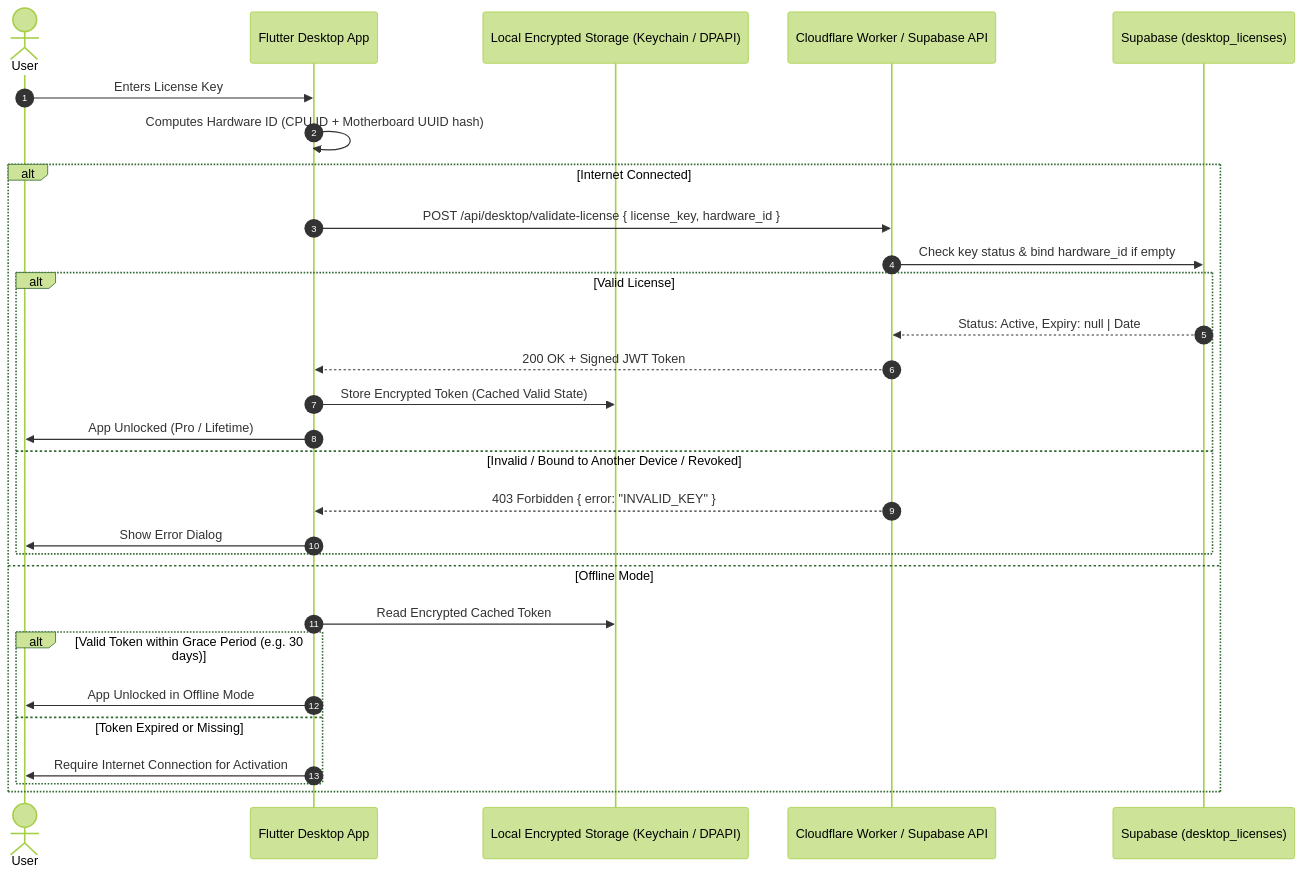
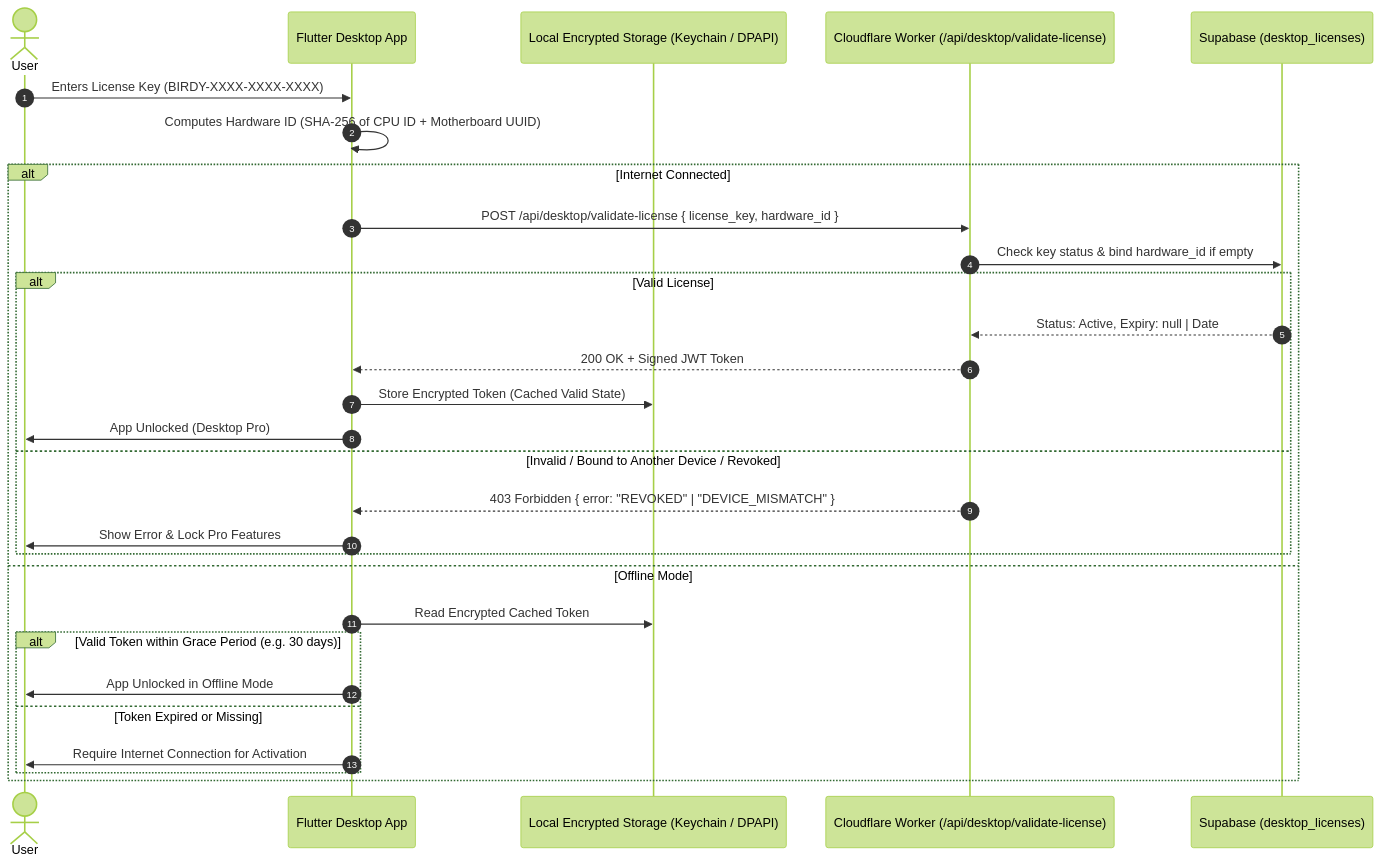
The second of 2 diagrams in docs/desktop_bridge.md (emitera/kdp-book-assembler), drawn with Mermaid (forest theme) before and after one commit. The commit also changed other lines of this file and 7 other files, not shown here.

Commit message:
docs: Add Desktop EULA/Privacy/Refund drafts and update architecture/desktop_bridge specifications

````diff
--- a/docs/desktop_bridge.md
+++ b/docs/desktop_bridge.md
@@ -109,33 +109,33 @@
 ```mermaid
 sequenceDiagram
     autonumber
     actor User
     participant Flutter as Flutter Desktop App
     participant Storage as Local Encrypted Storage (Keychain / DPAPI)
-    participant Worker as Cloudflare Worker / Supabase API
+    participant Worker as Cloudflare Worker (/api/desktop/validate-license)
     participant DB as Supabase (desktop_licenses)
 
-    User->>Flutter: Enters License Key
-    Flutter->>Flutter: Computes Hardware ID (CPU ID + Motherboard UUID hash)
+    User->>Flutter: Enters License Key (BIRDY-XXXX-XXXX-XXXX)
+    Flutter->>Flutter: Computes Hardware ID (SHA-256 of CPU ID + Motherboard UUID)
     
     alt Internet Connected
         Flutter->>Worker: POST /api/desktop/validate-license { license_key, hardware_id }
         Worker->>DB: Check key status & bind hardware_id if empty
         alt Valid License
             DB-->>Worker: Status: Active, Expiry: null | Date
             Worker-->>Flutter: 200 OK + Signed JWT Token
             Flutter->>Storage: Store Encrypted Token (Cached Valid State)
-            Flutter->>User: App Unlocked (Pro / Lifetime)
+            Flutter->>User: App Unlocked (Desktop Pro)
         else Invalid / Bound to Another Device / Revoked
-            Worker-->>Flutter: 403 Forbidden { error: "INVALID_KEY" }
-            Flutter->>User: Show Error Dialog
+            Worker-->>Flutter: 403 Forbidden { error: "REVOKED" | "DEVICE_MISMATCH" }
+            Flutter->>User: Show Error & Lock Pro Features
         end
     else Offline Mode
         Flutter->>Storage: Read Encrypted Cached Token
         alt Valid Token within Grace Period (e.g. 30 days)
             Flutter->>User: App Unlocked in Offline Mode
         else Token Expired or Missing
             Flutter->>User: Require Internet Connection for Activation
         end
     end
 ```
````
